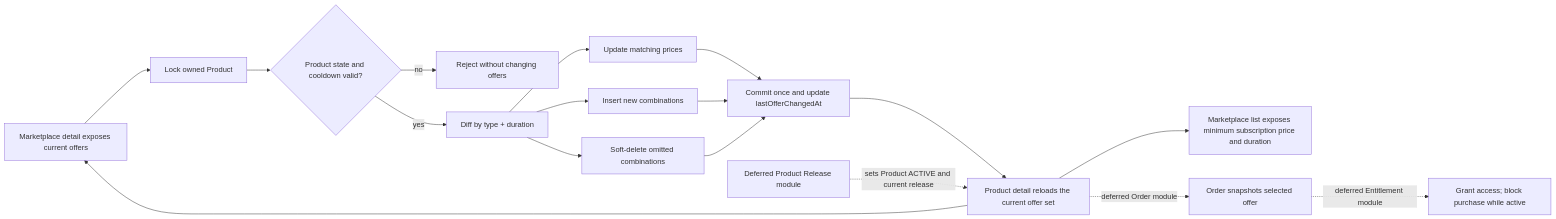
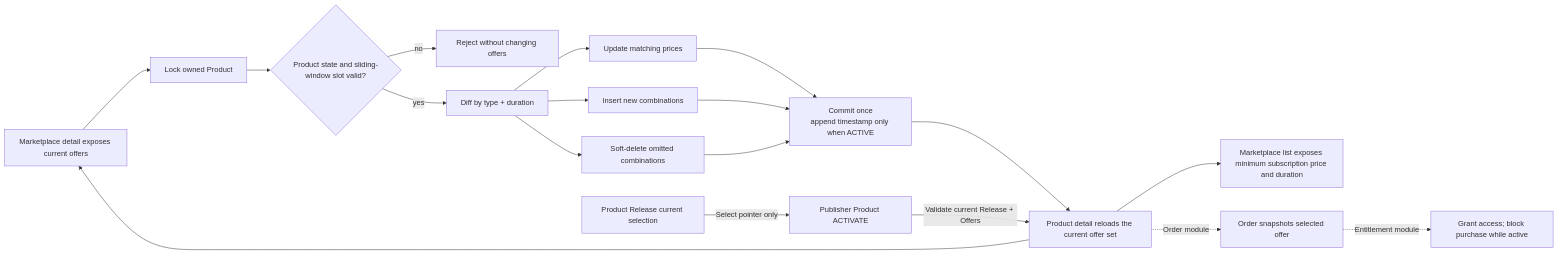
The diagram in components/a2matex-backend/commerce_entitlement_execution/product_offer.md (A2MaTex/a2matex-docs), drawn with Mermaid before and after one commit. The commit also changed other lines of this file and 7 other files, not shown here.

Commit message:
update product offer spec and enforce product activation rules

````diff
--- a/components/a2matex-backend/commerce_entitlement_execution/product_offer.md
+++ b/components/a2matex-backend/commerce_entitlement_execution/product_offer.md
@@ -13,19 +13,20 @@
 ```mermaid
 flowchart LR
     P[Publisher sends complete offer set] --> L[Lock owned Product]
-    L --> C{Product state and cooldown valid?}
+    L --> C{Product state and sliding-window slot valid?}
     C -->|no| X[Reject without changing offers]
     C -->|yes| D[Diff by type + duration]
     D --> U[Update matching prices]
     D --> I[Insert new combinations]
     D --> R[Soft-delete omitted combinations]
-    U --> T[Commit once and update lastOfferChangedAt]
+    U --> T[Commit once<br/>append timestamp only when ACTIVE]
     I --> T
     R --> T
     T --> M[Product detail reloads the current offer set]
     M --> P[Marketplace detail exposes current offers]
     M --> S[Marketplace list exposes minimum subscription price and duration]
-    M -.->|deferred Order module| O[Order snapshots selected offer]
-    O -.->|deferred Entitlement module| E[Grant access; block purchase while active]
-    PR[Deferred Product Release module] -.->|sets Product ACTIVE and current release| M
+    M -.->|Order module| O[Order snapshots selected offer]
+    O -.->|Entitlement module| E[Grant access; block purchase while active]
+    PR[Product Release current selection] -->|Select pointer only| A[Publisher Product ACTIVATE]
+    A -->|Validate current Release + Offers| M
 ```
````
